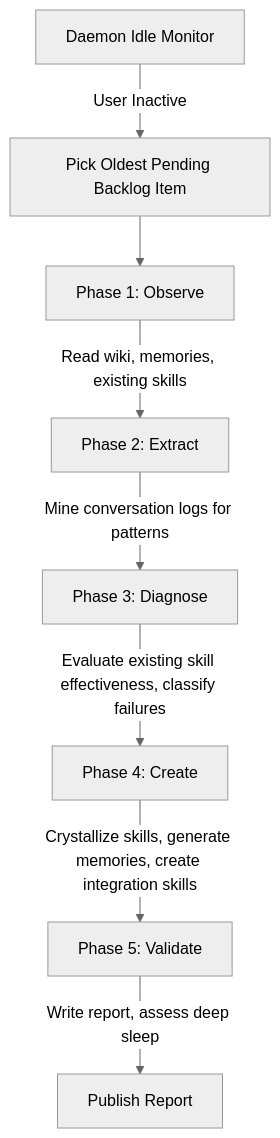
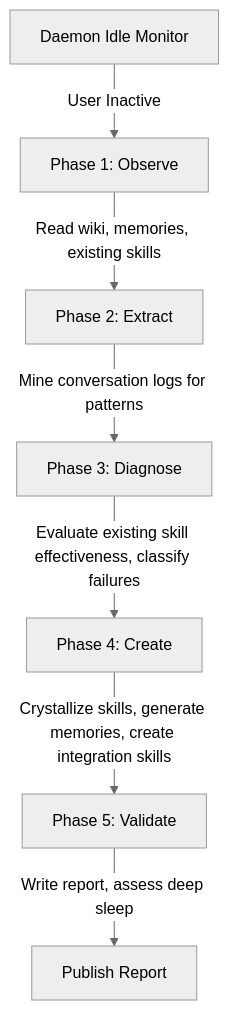
Before and after one commit to graphit-labs/graphit-code: the diagram in docs/specs/dream_module.md, drawn with Mermaid (neutral theme). The commit also changed other lines of this file and 80 other files, not shown here.

````diff
--- a/docs/specs/dream_module.md
+++ b/docs/specs/dream_module.md
@@ -56,10 +54,9 @@
 ```mermaid
 graph TD
-    A[Daemon Idle Monitor] -->|User Inactive| B[Pick Oldest Pending Backlog Item]
-    B --> C["Phase 1: Observe"]
+    A[Daemon Idle Monitor] -->|User Inactive| C["Phase 1: Observe"]
     C -->|Read wiki, memories, existing skills| D["Phase 2: Extract"]
     D -->|Mine conversation logs for patterns| E["Phase 3: Diagnose"]
     E -->|Evaluate existing skill effectiveness, classify failures| F["Phase 4: Create"]
     F -->|Crystallize skills, generate memories, create integration skills| G["Phase 5: Validate"]
     G -->|Write report, assess deep sleep| H[Publish Report]
 ```
````
